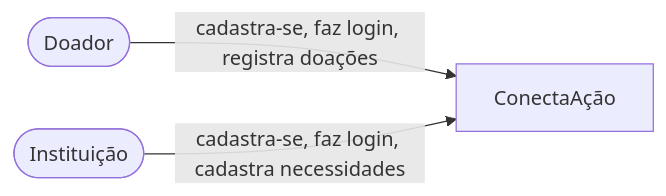
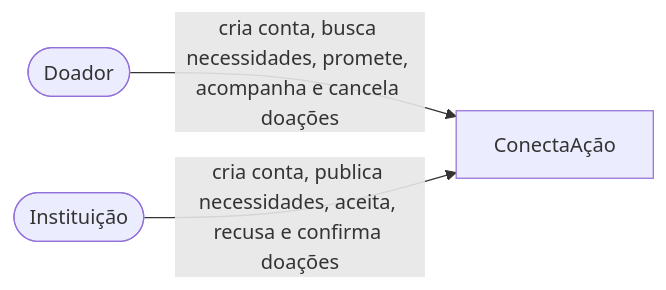
One commit to gigi-zacaroni/tp-eng-software changed the first of 4 diagrams in docs/arquitetura/arquitetura.md. Above: the diagram before and after it, drawn with Mermaid. The commit also changed other lines of this file and 4 other files, not shown here.

````diff
--- a/docs/arquitetura/arquitetura.md
+++ b/docs/arquitetura/arquitetura.md
@@ -13,5 +15,5 @@
 ```mermaid
 flowchart LR
-    D([Doador]) -->|cadastra-se, faz login, registra doações| S[ConectaAção]
-    I([Instituição]) -->|cadastra-se, faz login, cadastra necessidades| S
+    D([Doador]) -->|cria conta, busca necessidades, promete, acompanha e cancela doações| S[ConectaAção]
+    I([Instituição]) -->|cria conta, publica necessidades, aceita, recusa e confirma doações| S
 ```
````
